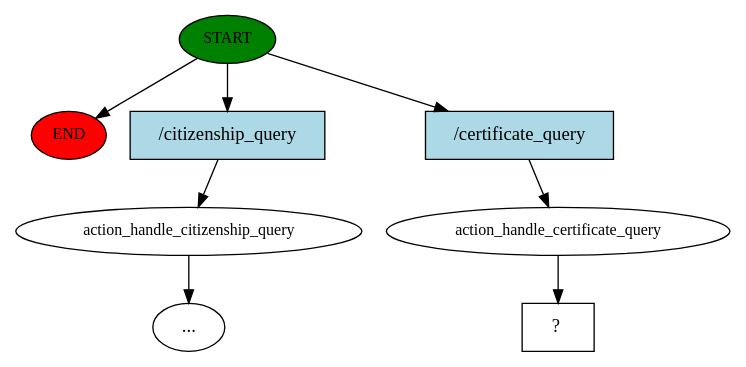
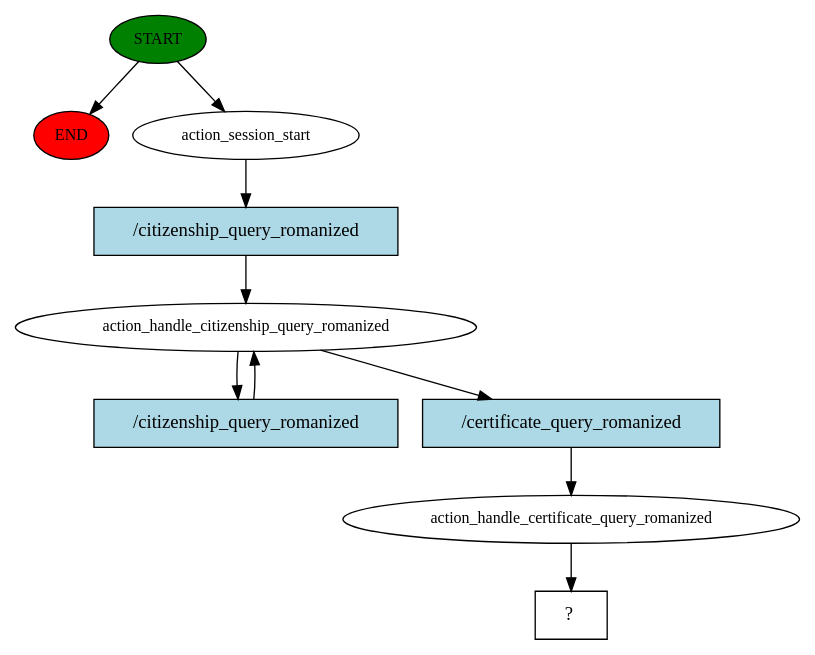
One commit to PiyushLuitel-07/Samadhan-A-Local-Government-Service-QueryBot changed the diagram in story_graph.dot. Above: the diagram before and after it, drawn with Graphviz. The commit also changed 203 other files, not shown here.

```diff
--- a/story_graph.dot
+++ b/story_graph.dot
@@ -1,17 +1,20 @@
 digraph  {
 0 [class="start active", fillcolor=green, fontsize=12, label=START, style=filled];
 "-1" [class=end, fillcolor=red, fontsize=12, label=END, style=filled];
-1 [class="", fontsize=12, label=action_handle_citizenship_query];
-"-4" [class=ellipsis, label="..."];
-3 [class=active, fontsize=12, label=action_handle_certificate_query];
-4 [class="intent dashed active", label="  ?  ", shape=rect];
-5 [class=intent, fillcolor=lightblue, label="/citizenship_query", shape=rect, style=filled];
-6 [class="intent active", fillcolor=lightblue, label="/certificate_query", shape=rect, style=filled];
+1 [class=active, fontsize=12, label=action_session_start];
+2 [class=active, fontsize=12, label=action_handle_citizenship_query_romanized];
+5 [class=active, fontsize=12, label=action_handle_certificate_query_romanized];
+6 [class="intent dashed active", label="  ?  ", shape=rect];
+7 [class="intent active", fillcolor=lightblue, label="/citizenship_query_romanized", shape=rect, style=filled];
+8 [class="intent active", fillcolor=lightblue, label="/citizenship_query_romanized", shape=rect, style=filled];
+9 [class="intent active", fillcolor=lightblue, label="/certificate_query_romanized", shape=rect, style=filled];
 0 -> "-1"  [class="", key=NONE, label=""];
-0 -> 5  [class="", key=0];
-0 -> 6  [class=active, key=0];
-1 -> "-4"  [class="", key=NONE, label=""];
-3 -> 4  [class=active, key=NONE, label=""];
-5 -> 1  [class="", key=0];
-6 -> 3  [class=active, key=0];
+0 -> 1  [class=active, key=NONE, label=""];
+1 -> 7  [class=active, key=0];
+2 -> 8  [class=active, key=0];
+2 -> 9  [class=active, key=0];
+5 -> 6  [class=active, key=NONE, label=""];
+7 -> 2  [class=active, key=0];
+8 -> 2  [class=active, key=0];
+9 -> 5  [class=active, key=0];
 }
```
